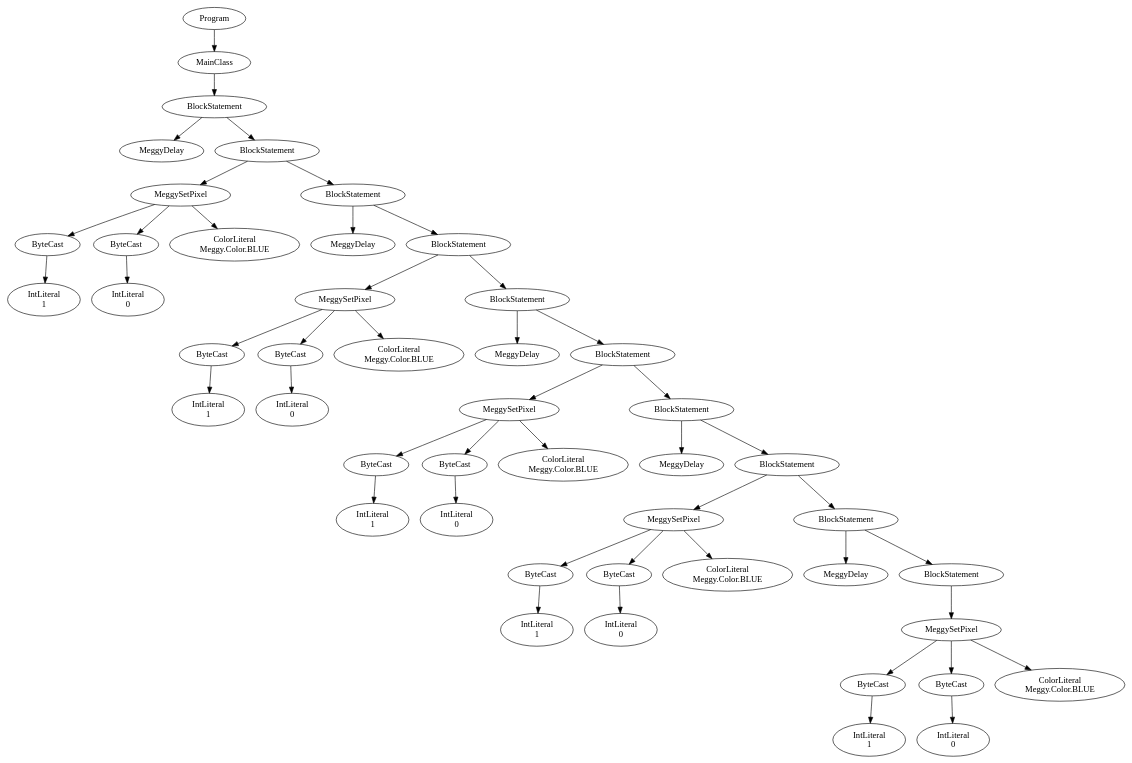
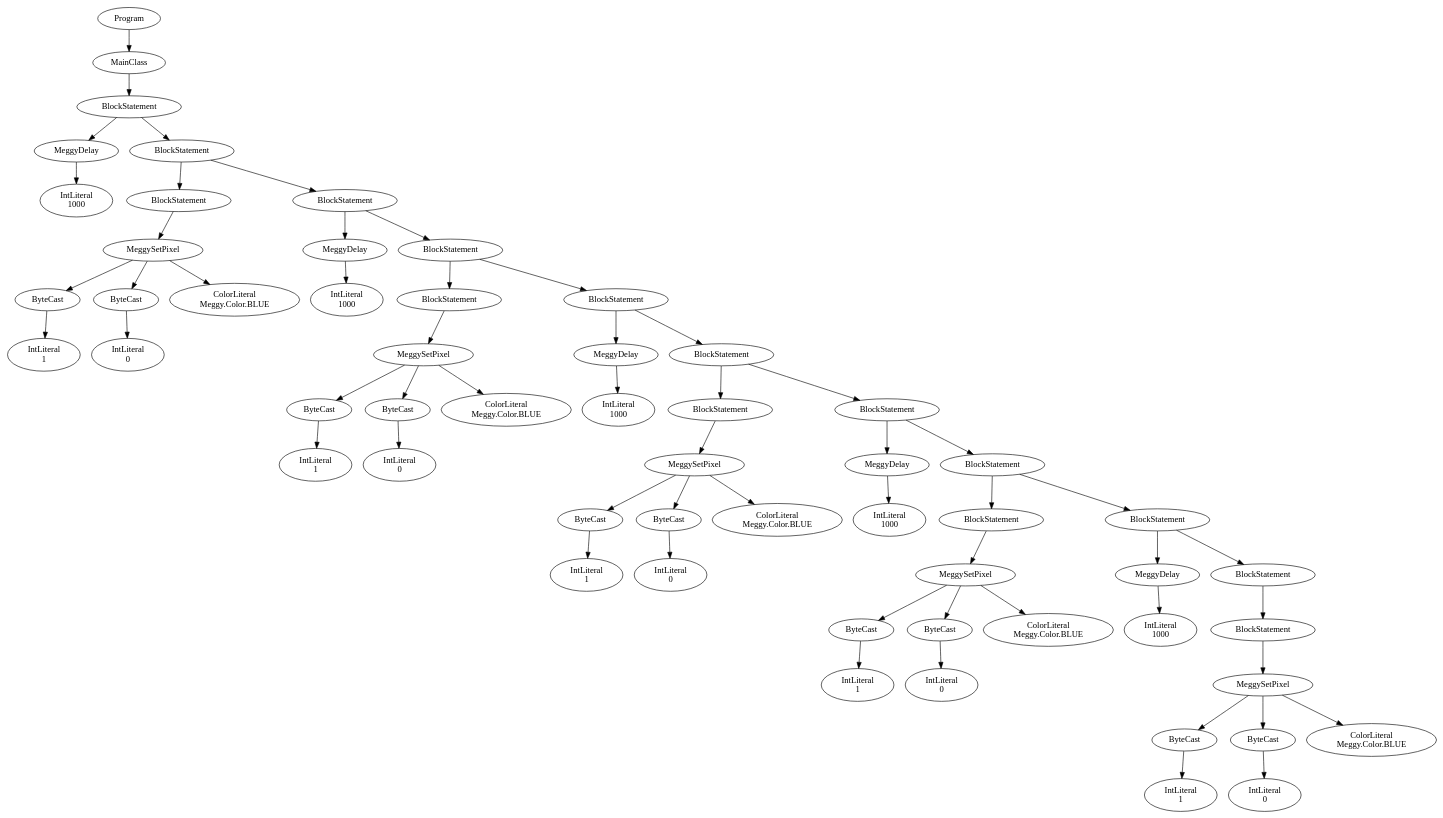
One commit to karmaUdel/Meggy-Java-Compiler changed the diagram in Test1.java.ast.dot. Above: the diagram before and after it, drawn with Graphviz. The commit also changed 14 other files, not shown here.

```diff
--- a/Test1.java.ast.dot
+++ b/Test1.java.ast.dot
@@ -1,95 +1,115 @@
 digraph ASTGraph {
 0 [ label="Program" ];
 1 [ label="MainClass" ];
 0 -> 1
 2 [ label="BlockStatement" ];
 1 -> 2
 3 [ label="MeggyDelay" ];
 2 -> 3
-4 [ label="BlockStatement" ];
-2 -> 4
-5 [ label="MeggySetPixel" ];
-4 -> 5
-6 [ label="ByteCast" ];
+4 [ label="IntLiteral\n1000" ];
+3 -> 4
+5 [ label="BlockStatement" ];
+2 -> 5
+6 [ label="BlockStatement" ];
 5 -> 6
-7 [ label="IntLiteral\n1" ];
+7 [ label="MeggySetPixel" ];
 6 -> 7
 8 [ label="ByteCast" ];
-5 -> 8
-9 [ label="IntLiteral\n0" ];
+7 -> 8
+9 [ label="IntLiteral\n1" ];
 8 -> 9
-10 [ label="ColorLiteral\nMeggy.Color.BLUE" ];
-5 -> 10
-11 [ label="BlockStatement" ];
-4 -> 11
-12 [ label="MeggyDelay" ];
-11 -> 12
+10 [ label="ByteCast" ];
+7 -> 10
+11 [ label="IntLiteral\n0" ];
+10 -> 11
+12 [ label="ColorLiteral\nMeggy.Color.BLUE" ];
+7 -> 12
 13 [ label="BlockStatement" ];
-11 -> 13
-14 [ label="MeggySetPixel" ];
+5 -> 13
+14 [ label="MeggyDelay" ];
 13 -> 14
-15 [ label="ByteCast" ];
+15 [ label="IntLiteral\n1000" ];
 14 -> 15
-16 [ label="IntLiteral\n1" ];
-15 -> 16
-17 [ label="ByteCast" ];
-14 -> 17
-18 [ label="IntLiteral\n0" ];
+16 [ label="BlockStatement" ];
+13 -> 16
+17 [ label="BlockStatement" ];
+16 -> 17
+18 [ label="MeggySetPixel" ];
 17 -> 18
-19 [ label="ColorLiteral\nMeggy.Color.BLUE" ];
-14 -> 19
-20 [ label="BlockStatement" ];
-13 -> 20
-21 [ label="MeggyDelay" ];
-20 -> 21
-22 [ label="BlockStatement" ];
-20 -> 22
-23 [ label="MeggySetPixel" ];
-22 -> 23
-24 [ label="ByteCast" ];
-23 -> 24
-25 [ label="IntLiteral\n1" ];
+19 [ label="ByteCast" ];
+18 -> 19
+20 [ label="IntLiteral\n1" ];
+19 -> 20
+21 [ label="ByteCast" ];
+18 -> 21
+22 [ label="IntLiteral\n0" ];
+21 -> 22
+23 [ label="ColorLiteral\nMeggy.Color.BLUE" ];
+18 -> 23
+24 [ label="BlockStatement" ];
+16 -> 24
+25 [ label="MeggyDelay" ];
 24 -> 25
-26 [ label="ByteCast" ];
-23 -> 26
-27 [ label="IntLiteral\n0" ];
-26 -> 27
-28 [ label="ColorLiteral\nMeggy.Color.BLUE" ];
-23 -> 28
-29 [ label="BlockStatement" ];
-22 -> 29
-30 [ label="MeggyDelay" ];
+26 [ label="IntLiteral\n1000" ];
+25 -> 26
+27 [ label="BlockStatement" ];
+24 -> 27
+28 [ label="BlockStatement" ];
+27 -> 28
+29 [ label="MeggySetPixel" ];
+28 -> 29
+30 [ label="ByteCast" ];
 29 -> 30
-31 [ label="BlockStatement" ];
-29 -> 31
-32 [ label="MeggySetPixel" ];
-31 -> 32
-33 [ label="ByteCast" ];
+31 [ label="IntLiteral\n1" ];
+30 -> 31
+32 [ label="ByteCast" ];
+29 -> 32
+33 [ label="IntLiteral\n0" ];
 32 -> 33
-34 [ label="IntLiteral\n1" ];
-33 -> 34
-35 [ label="ByteCast" ];
-32 -> 35
-36 [ label="IntLiteral\n0" ];
+34 [ label="ColorLiteral\nMeggy.Color.BLUE" ];
+29 -> 34
+35 [ label="BlockStatement" ];
+27 -> 35
+36 [ label="MeggyDelay" ];
 35 -> 36
-37 [ label="ColorLiteral\nMeggy.Color.BLUE" ];
-32 -> 37
+37 [ label="IntLiteral\n1000" ];
+36 -> 37
 38 [ label="BlockStatement" ];
-31 -> 38
-39 [ label="MeggyDelay" ];
+35 -> 38
+39 [ label="BlockStatement" ];
 38 -> 39
-40 [ label="BlockStatement" ];
-38 -> 40
-41 [ label="MeggySetPixel" ];
+40 [ label="MeggySetPixel" ];
+39 -> 40
+41 [ label="ByteCast" ];
 40 -> 41
-42 [ label="ByteCast" ];
+42 [ label="IntLiteral\n1" ];
 41 -> 42
-43 [ label="IntLiteral\n1" ];
-42 -> 43
-44 [ label="ByteCast" ];
-41 -> 44
-45 [ label="IntLiteral\n0" ];
-44 -> 45
-46 [ label="ColorLiteral\nMeggy.Color.BLUE" ];
-41 -> 46
+43 [ label="ByteCast" ];
+40 -> 43
+44 [ label="IntLiteral\n0" ];
+43 -> 44
+45 [ label="ColorLiteral\nMeggy.Color.BLUE" ];
+40 -> 45
+46 [ label="BlockStatement" ];
+38 -> 46
+47 [ label="MeggyDelay" ];
+46 -> 47
+48 [ label="IntLiteral\n1000" ];
+47 -> 48
+49 [ label="BlockStatement" ];
+46 -> 49
+50 [ label="BlockStatement" ];
+49 -> 50
+51 [ label="MeggySetPixel" ];
+50 -> 51
+52 [ label="ByteCast" ];
+51 -> 52
+53 [ label="IntLiteral\n1" ];
+52 -> 53
+54 [ label="ByteCast" ];
+51 -> 54
+55 [ label="IntLiteral\n0" ];
+54 -> 55
+56 [ label="ColorLiteral\nMeggy.Color.BLUE" ];
+51 -> 56
 }
```
